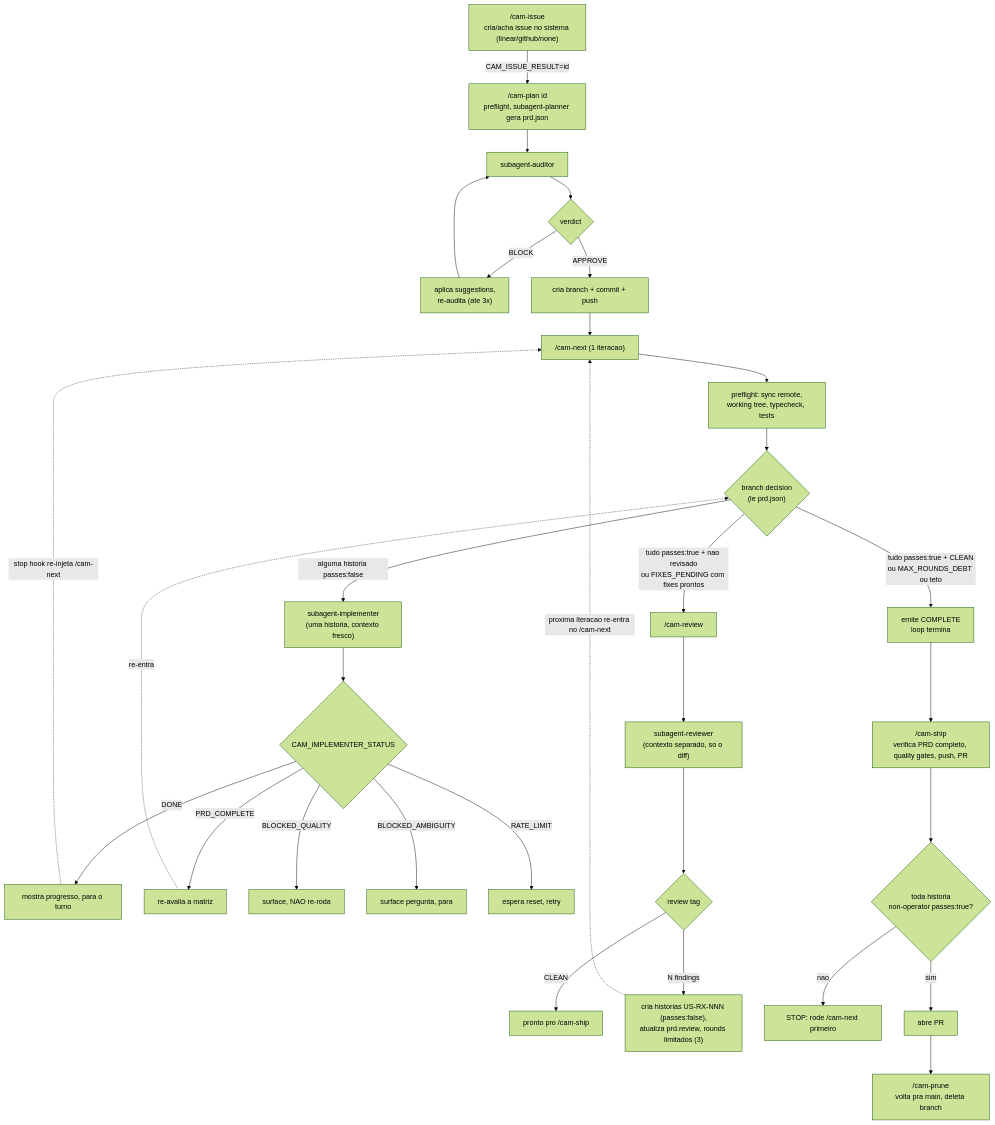
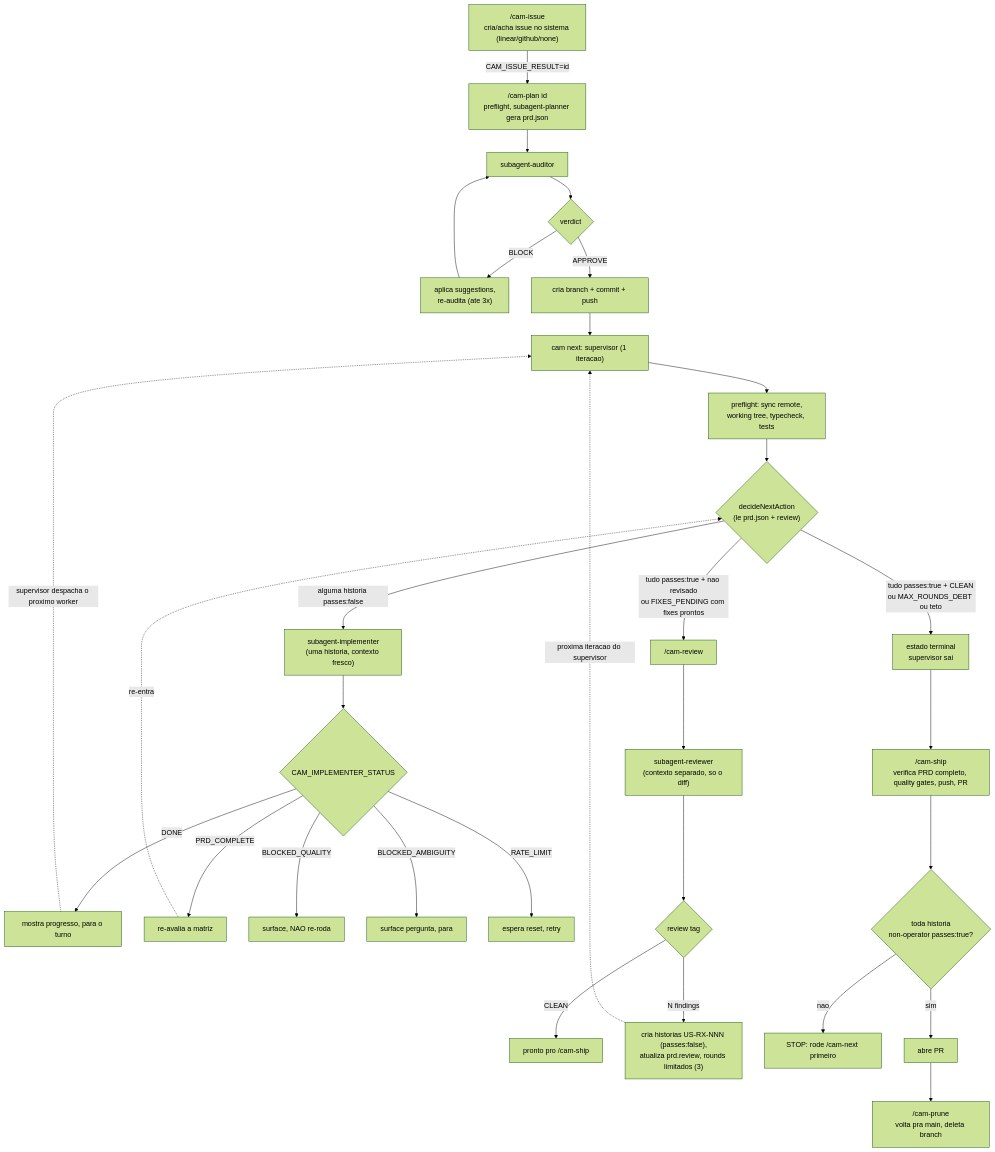
One commit to eduardocaminha/cam-cli changed the ninth of 10 diagrams in FLOW.md. Above: the diagram before and after it, drawn with Mermaid (forest theme). The commit also changed other lines of this file and 3 other files, not shown here.

First line of the commit message:
CAM-4: retire dead APPROVE byte-scan + reconcile FLOW.md to the supervisor model (re-scoped) (#36)

````diff
--- a/FLOW.md
+++ b/FLOW.md
@@ -370,38 +373,38 @@
 ```mermaid
 flowchart TD
     ISSUE["/cam-issue<br/>cria/acha issue no sistema (linear/github/none)"] -->|"CAM_ISSUE_RESULT=id"| PLANC["/cam-plan id<br/>preflight, subagent-planner gera prd.json"]
     PLANC --> AUDIT["subagent-auditor"]
     AUDIT --> VERD{"verdict"}
     VERD -->|"BLOCK"| FIX["aplica suggestions,<br/>re-audita (ate 3x)"]
     FIX --> AUDIT
     VERD -->|"APPROVE"| BRANCH["cria branch + commit + push"]
 
-    BRANCH --> NEXTC["/cam-next (1 iteracao)"]
+    BRANCH --> NEXTC["cam next: supervisor (1 iteracao)"]
     NEXTC --> PRE["preflight: sync remote,<br/>working tree, typecheck, tests"]
-    PRE --> DEC{"branch decision<br/>(le prd.json)"}
+    PRE --> DEC{"decideNextAction<br/>(le prd.json + review)"}
 
     DEC -->|"alguma historia passes:false"| IMPL["subagent-implementer<br/>(uma historia, contexto fresco)"]
     IMPL --> ST{"CAM_IMPLEMENTER_STATUS"}
     ST -->|"DONE"| DONE["mostra progresso, para o turno"]
     ST -->|"PRD_COMPLETE"| REEVAL["re-avalia a matriz"]
     ST -->|"BLOCKED_QUALITY"| BQ["surface, NAO re-roda"]
     ST -->|"BLOCKED_AMBIGUITY"| BA["surface pergunta, para"]
     ST -->|"RATE_LIMIT"| RL["espera reset, retry"]
 
     DEC -->|"tudo passes:true + nao revisado<br/>ou FIXES_PENDING com fixes prontos"| REVIEWC["/cam-review"]
-    DEC -->|"tudo passes:true + CLEAN<br/>ou MAX_ROUNDS_DEBT ou teto"| COMPLETE["emite COMPLETE<br/>loop termina"]
+    DEC -->|"tudo passes:true + CLEAN<br/>ou MAX_ROUNDS_DEBT ou teto"| COMPLETE["estado terminal<br/>supervisor sai"]
 
     REVIEWC --> REVAGENT["subagent-reviewer<br/>(contexto separado, so o diff)"]
     REVAGENT --> RV{"review tag"}
     RV -->|"CLEAN"| RCLEAN["pronto pro /cam-ship"]
     RV -->|"N findings"| RFIX["cria historias US-RX-NNN (passes:false),<br/>atualiza prd.review, rounds limitados (3)"]
-    RFIX -. "proxima iteracao re-entra no /cam-next" .-> NEXTC
-    DONE -. "stop hook re-injeta /cam-next" .-> NEXTC
+    RFIX -. "proxima iteracao do supervisor" .-> NEXTC
+    DONE -. "supervisor despacha o proximo worker" .-> NEXTC
     REEVAL -. "re-entra" .-> DEC
 
     COMPLETE --> SHIPC["/cam-ship<br/>verifica PRD completo, quality gates, push, PR"]
     SHIPC --> SHIPCHK{"toda historia<br/>non-operator passes:true?"}
     SHIPCHK -->|nao| SHIPSTOP["STOP: rode /cam-next primeiro"]
     SHIPCHK -->|sim| PR["abre PR"]
     PR --> PRUNEC["/cam-prune<br/>volta pra main, deleta branch"]
 ```
````
